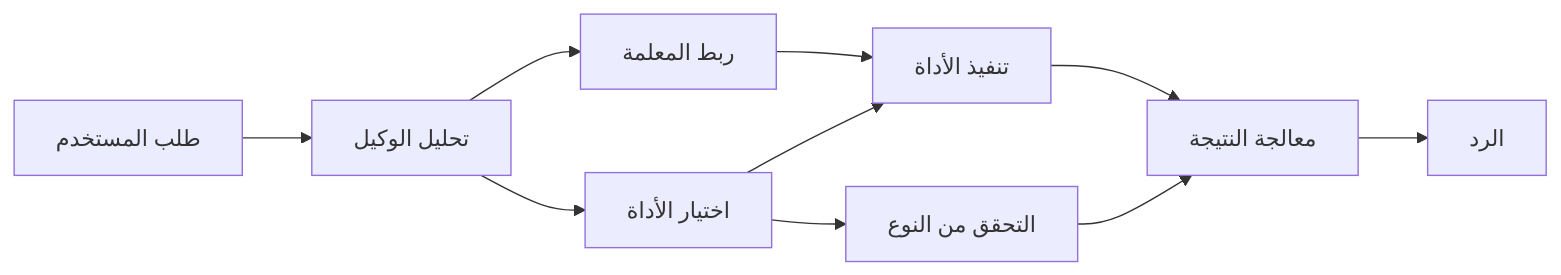
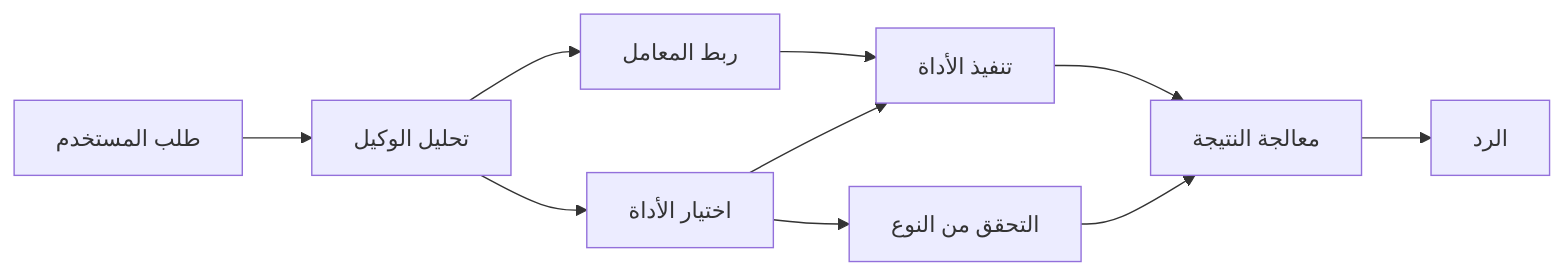
Before and after one commit to venturemavenwill/azureaifundamentals: the diagram in translations/ar/04-tool-use/code_samples/04-dotnet-agent-framework.md, drawn with Mermaid. The commit also changed other lines of this file and 2002 other files, not shown here.

````diff
--- a/translations/ar/04-tool-use/code_samples/04-dotnet-agent-framework.md
+++ b/translations/ar/04-tool-use/code_samples/04-dotnet-agent-framework.md
@@ -40,12 +40,12 @@
 ```mermaid
 graph LR
     A[طلب المستخدم] --> B[تحليل الوكيل]
     B --> C[اختيار الأداة]
     C --> D[التحقق من النوع]
-    B --> E[ربط المعلمة]
+    B --> E[ربط المعامل]
     E --> F[تنفيذ الأداة]
     C --> F
     F --> G[معالجة النتيجة]
     D --> G
     G --> H[الرد]
 ```
````
